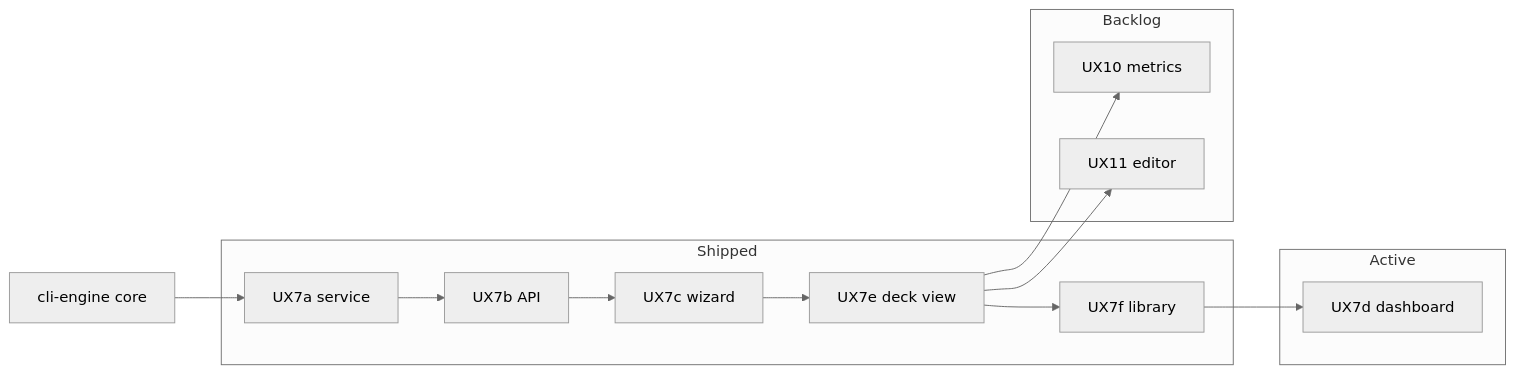
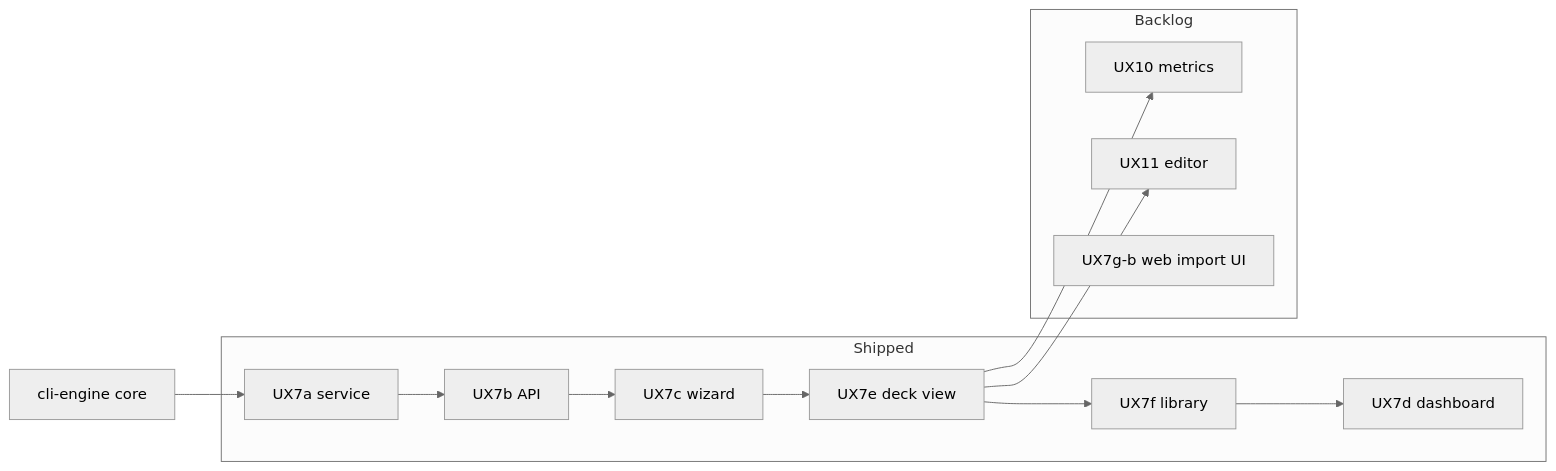
The diagram in docs/roadmap/active.md (danielhood/mtg-deck-tools), drawn with Mermaid (neutral theme) before and after one commit. The commit also changed other lines of this file and 21 other files, not shown here.

````diff
--- a/docs/roadmap/active.md
+++ b/docs/roadmap/active.md
@@ -52,30 +50,28 @@
 ```mermaid
 flowchart LR
   subgraph shipped["Shipped"]
     UX7a[UX7a service]
     UX7b[UX7b API]
     UX7c[UX7c wizard]
     UX7e[UX7e deck view]
     UX7f[UX7f library]
-  end
-
-  subgraph active["Active"]
     UX7d[UX7d dashboard]
   end
 
   subgraph backlog["Backlog"]
     UX10[UX10 metrics]
     UX11[UX11 editor]
+    UX7g[UX7g-b web import UI]
   end
 
   CORE[cli-engine core]
 
   CORE --> UX7a
   UX7a --> UX7b
   UX7b --> UX7c
   UX7c --> UX7e
   UX7e --> UX7f
   UX7f --> UX7d
   UX7e --> UX10
   UX7e --> UX11
 ```
````
